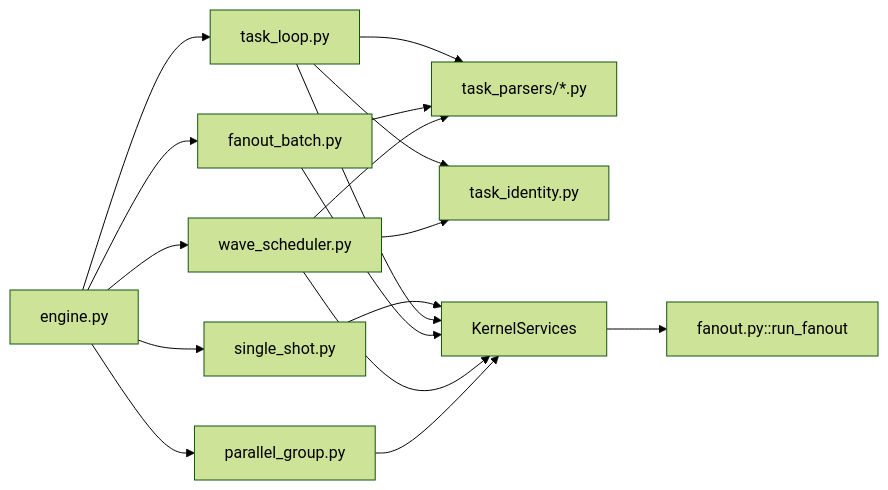
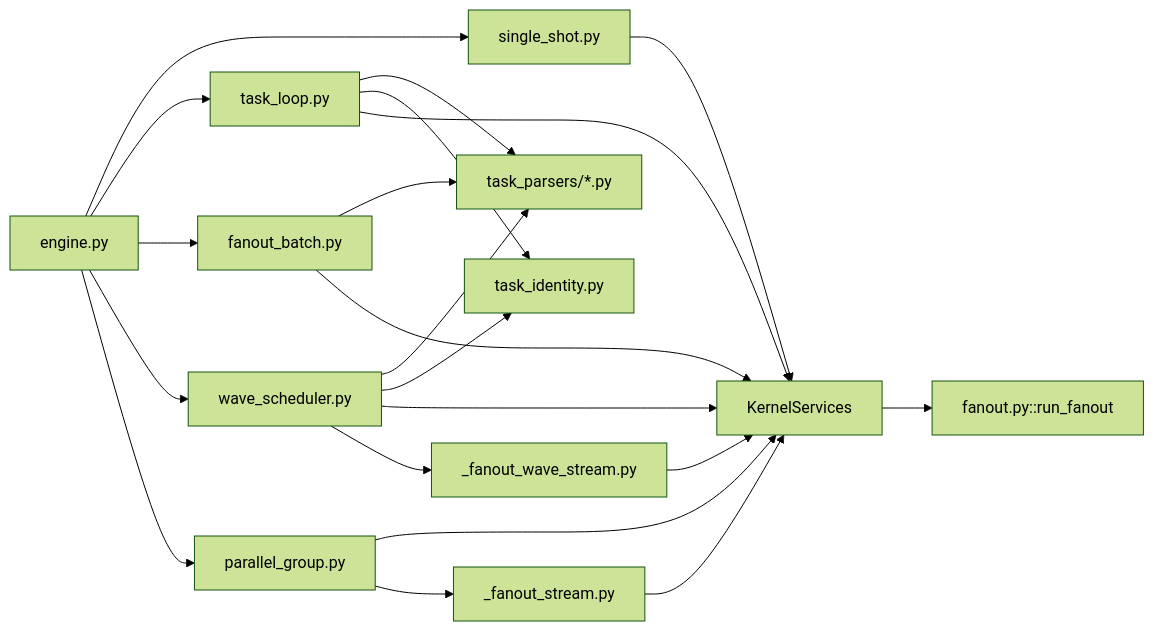
One commit to prateek-sinha7/IdeaFlowAI changed the tenth of 16 diagrams in .knowledge/ARCHITECTURE.md. Above: the diagram before and after it, drawn with Mermaid (forest theme). The commit also changed other lines of this file and 4493 other files, not shown here.

````diff
--- a/.knowledge/ARCHITECTURE.md
+++ b/.knowledge/ARCHITECTURE.md
@@ -322,19 +325,23 @@
 ```mermaid
 flowchart LR
     engine["engine.py"] --> single_shot["single_shot.py"]
     engine --> task_loop["task_loop.py"]
     engine --> fanout_batch["fanout_batch.py"]
     engine --> wave_scheduler["wave_scheduler.py"]
     engine --> parallel_group["parallel_group.py"]
     task_loop --> parsers["task_parsers/*.py"]
     fanout_batch --> parsers
     wave_scheduler --> parsers
     task_loop --> task_identity["task_identity.py"]
     wave_scheduler --> task_identity
     single_shot --> runner["KernelServices"]
     task_loop --> runner
     fanout_batch --> runner
     wave_scheduler --> runner
     parallel_group --> runner
+    wave_scheduler --> wave_stream["_fanout_wave_stream.py"]
+    parallel_group --> fanout_stream["_fanout_stream.py"]
+    wave_stream --> runner
+    fanout_stream --> runner
     runner --> fanout["fanout.py::run_fanout"]
 ```
````
